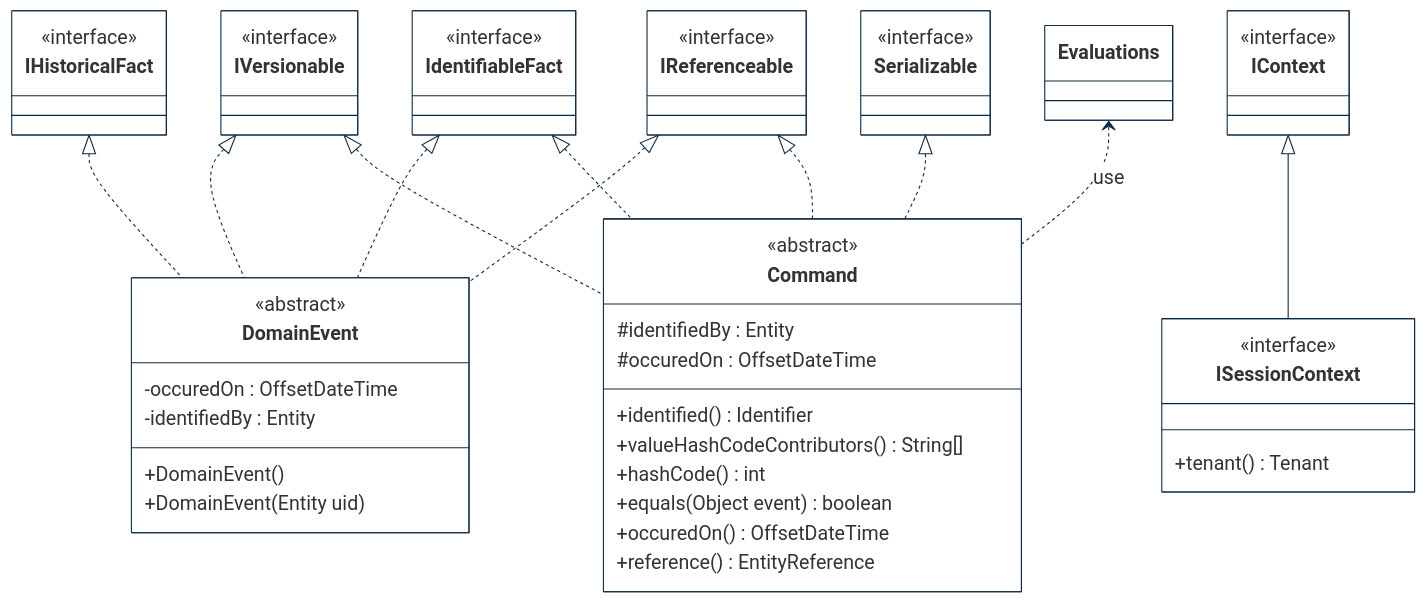
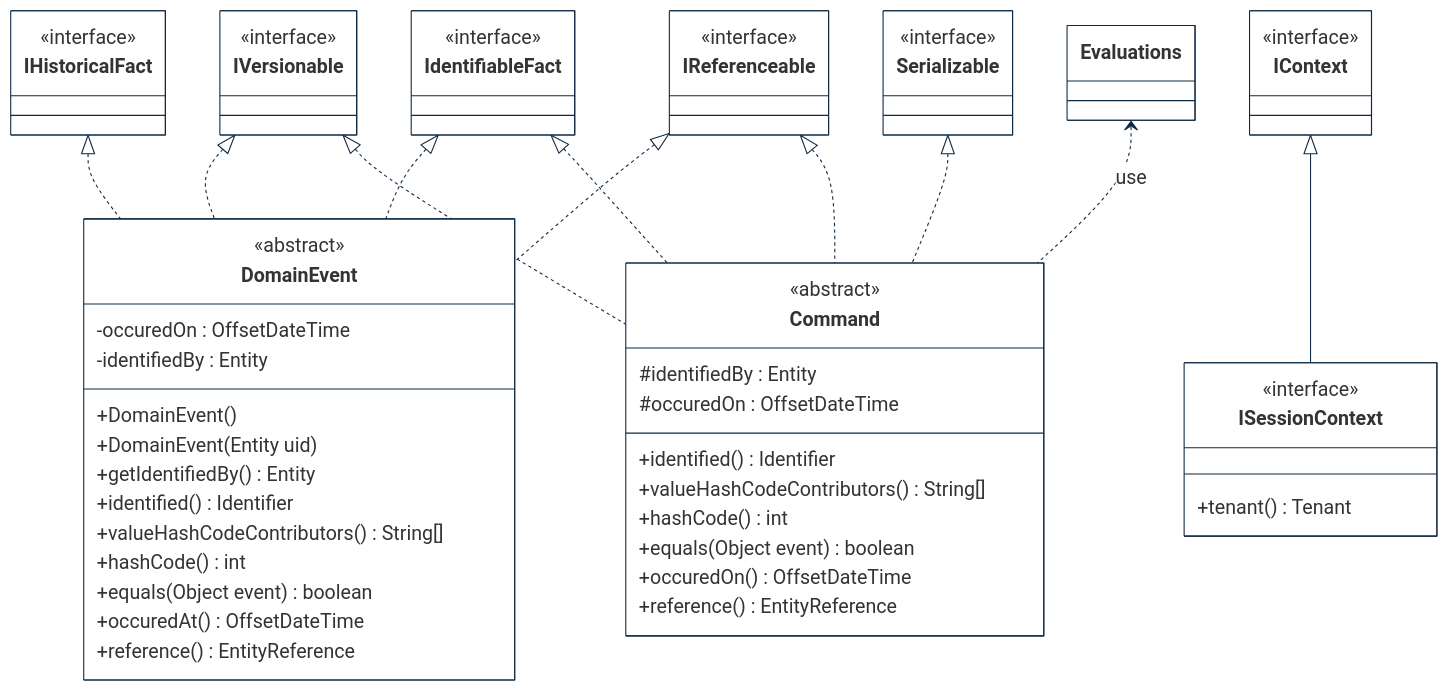
One commit to cybnity/foundation changed the first of 7 diagrams in implementations-line/framework/domain/designview-packages.md. Above: the diagram before and after it, drawn with Mermaid. The commit also changed 1 other file, not shown here.

````diff
--- a/implementations-line/framework/domain/designview-packages.md
+++ b/implementations-line/framework/domain/designview-packages.md
@@ -7,72 +7,79 @@
 ```mermaid
 %%{
   init: {
     'theme': 'base',
     'themeVariables': {
         'background': '#ffffff',
         'fontFamily': 'arial',
         'fontSize': '18px',
         'primaryColor': '#fff',
         'primaryBorderColor': '#0e2a43',
         'secondaryBorderColor': '#0e2a43',
         'tertiaryBorderColor': '#0e2a43',
         'edgeLabelBackground':'#0e2a43',
         'lineColor': '#0e2a43',
         'tertiaryColor': '#fff'
     }
   }
 }%%
 classDiagram
     IHistoricalFact <|.. DomainEvent
     IVersionable <|.. DomainEvent
     IReferenceable <|.. DomainEvent
     IdentifiableFact <|.. DomainEvent
     IdentifiableFact <|.. Command
     IVersionable <|.. Command
     Serializable <|.. Command
     IReferenceable <|.. Command
     Evaluations <.. Command : use
     IContext <|-- ISessionContext
 
     class DomainEvent {
         <<abstract>>
         -occuredOn : OffsetDateTime
         -identifiedBy : Entity
         +DomainEvent()
         +DomainEvent(Entity uid)
+        +getIdentifiedBy() Entity
+        +identified() Identifier
+        +valueHashCodeContributors() String[]
+        +hashCode() int
+        +equals(Object event) boolean
+        +occuredAt() OffsetDateTime
+        +reference() EntityReference
     }
     class IHistoricalFact {
         <<interface>>
     }
     class IdentifiableFact {
         <<interface>>
     }
     class IVersionable {
         <<interface>>
     }
     class IContext {
         <<interface>>
     }
     class Serializable {
         <<interface>>
     }
     class IReferenceable {
         <<interface>>
     }
     class ISessionContext {
         <<interface>>
         +tenant() Tenant
     }
     class Command {
         <<abstract>>
         #identifiedBy : Entity
         #occuredOn : OffsetDateTime
         +identified() Identifier
         +valueHashCodeContributors() String[]
         +hashCode() int
         +equals(Object event) boolean
         +occuredOn() OffsetDateTime
         +reference() EntityReference
     }
 
 ```
````
